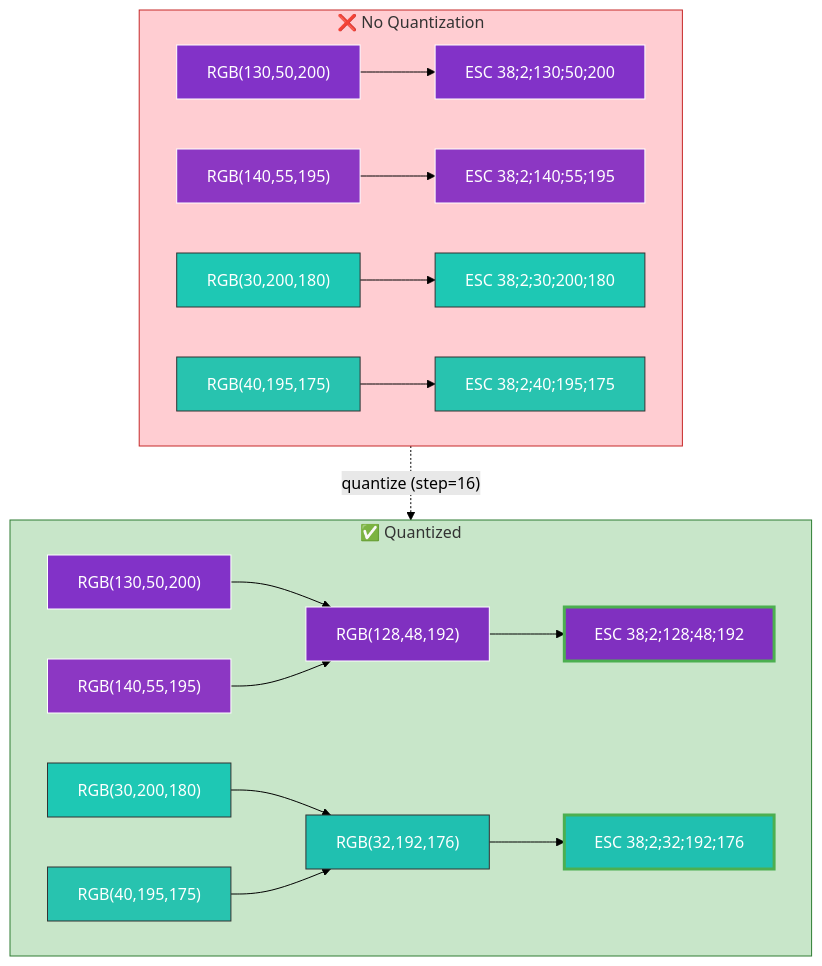
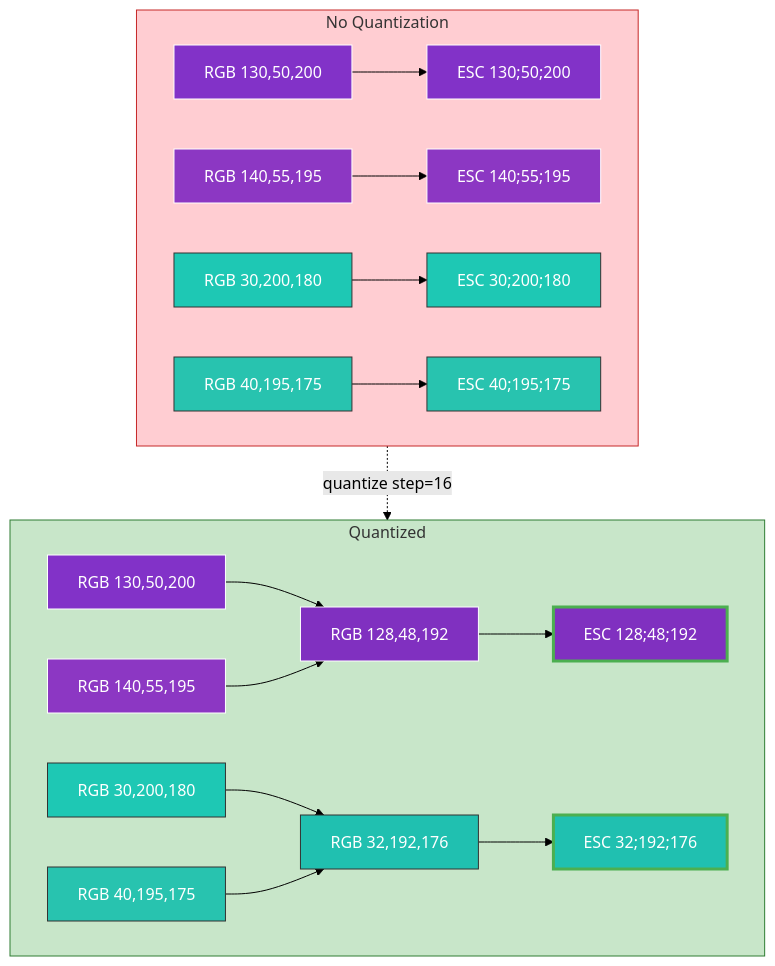
One commit to joelmgallant/terminal-vibes changed the second of 3 diagrams in README.md. Above: the diagram before and after it, drawn with Mermaid (forest theme). The commit also changed other lines of this file, not shown here.

Commit message:
docs: fix Mermaid diagram text cutoff in Safari
Remove <br/> HTML tags from Mermaid node labels and emoji characters
from subgraph titles that cause Safari's foreignObject SVG renderer
to miscalculate text bounding boxes, resulting in clipped text.

````diff
--- a/README.md
+++ b/README.md
@@ -295,43 +295,43 @@
 ```mermaid
 flowchart TD
-    subgraph without["❌ No Quantization"]
+    subgraph without["No Quantization"]
         direction LR
-        A1["RGB(130,50,200)"] --> E1["ESC 38;2;130;50;200"]
-        A2["RGB(140,55,195)"] --> E2["ESC 38;2;140;55;195"]
-        A3["RGB(30,200,180)"] --> E3["ESC 38;2;30;200;180"]
-        A4["RGB(40,195,175)"] --> E4["ESC 38;2;40;195;175"]
+        A1["RGB 130,50,200"] --> E1["ESC 130;50;200"]
+        A2["RGB 140,55,195"] --> E2["ESC 140;55;195"]
+        A3["RGB 30,200,180"] --> E3["ESC 30;200;180"]
+        A4["RGB 40,195,175"] --> E4["ESC 40;195;175"]
     end
 
-    without -.->|"quantize (step=16)"| with
+    without -.->|"quantize step=16"| with
 
-    subgraph with["✅ Quantized"]
+    subgraph with["Quantized"]
         direction LR
-        B1["RGB(130,50,200)"] --> QP["RGB(128,48,192)"]
-        B2["RGB(140,55,195)"] --> QP
-        B3["RGB(30,200,180)"] --> QT["RGB(32,192,176)"]
-        B4["RGB(40,195,175)"] --> QT
-        QP --> FP["ESC 38;2;128;48;192"]
-        QT --> FT["ESC 38;2;32;192;176"]
+        B1["RGB 130,50,200"] --> QP["RGB 128,48,192"]
+        B2["RGB 140,55,195"] --> QP
+        B3["RGB 30,200,180"] --> QT["RGB 32,192,176"]
+        B4["RGB 40,195,175"] --> QT
+        QP --> FP["ESC 128;48;192"]
+        QT --> FT["ESC 32;192;176"]
     end
 
     style A1 fill:#8232C8,color:#fff,stroke:#fff
     style A2 fill:#8C37C3,color:#fff,stroke:#fff
     style E1 fill:#8232C8,color:#fff,stroke:#fff
     style E2 fill:#8C37C3,color:#fff,stroke:#fff
     style A3 fill:#1EC8B4,color:#fff,stroke:#333
     style A4 fill:#28C3AF,color:#fff,stroke:#333
     style E3 fill:#1EC8B4,color:#fff,stroke:#333
     style E4 fill:#28C3AF,color:#fff,stroke:#333
 
     style B1 fill:#8232C8,color:#fff,stroke:#fff
     style B2 fill:#8C37C3,color:#fff,stroke:#fff
     style QP fill:#8030C0,color:#fff,stroke:#fff
     style FP fill:#8030C0,color:#fff,stroke:#4caf50,stroke-width:3px
     style B3 fill:#1EC8B4,color:#fff,stroke:#333
     style B4 fill:#28C3AF,color:#fff,stroke:#333
     style QT fill:#20C0B0,color:#fff,stroke:#333
     style FT fill:#20C0B0,color:#fff,stroke:#4caf50,stroke-width:3px
 
     style without fill:#ffcdd2,stroke:#c62828
     style with fill:#c8e6c9,stroke:#2e7d32
 ```
````
